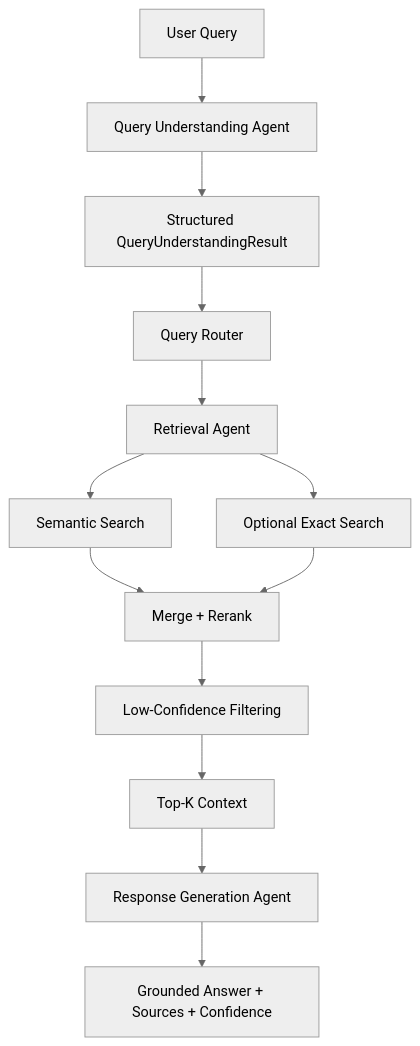
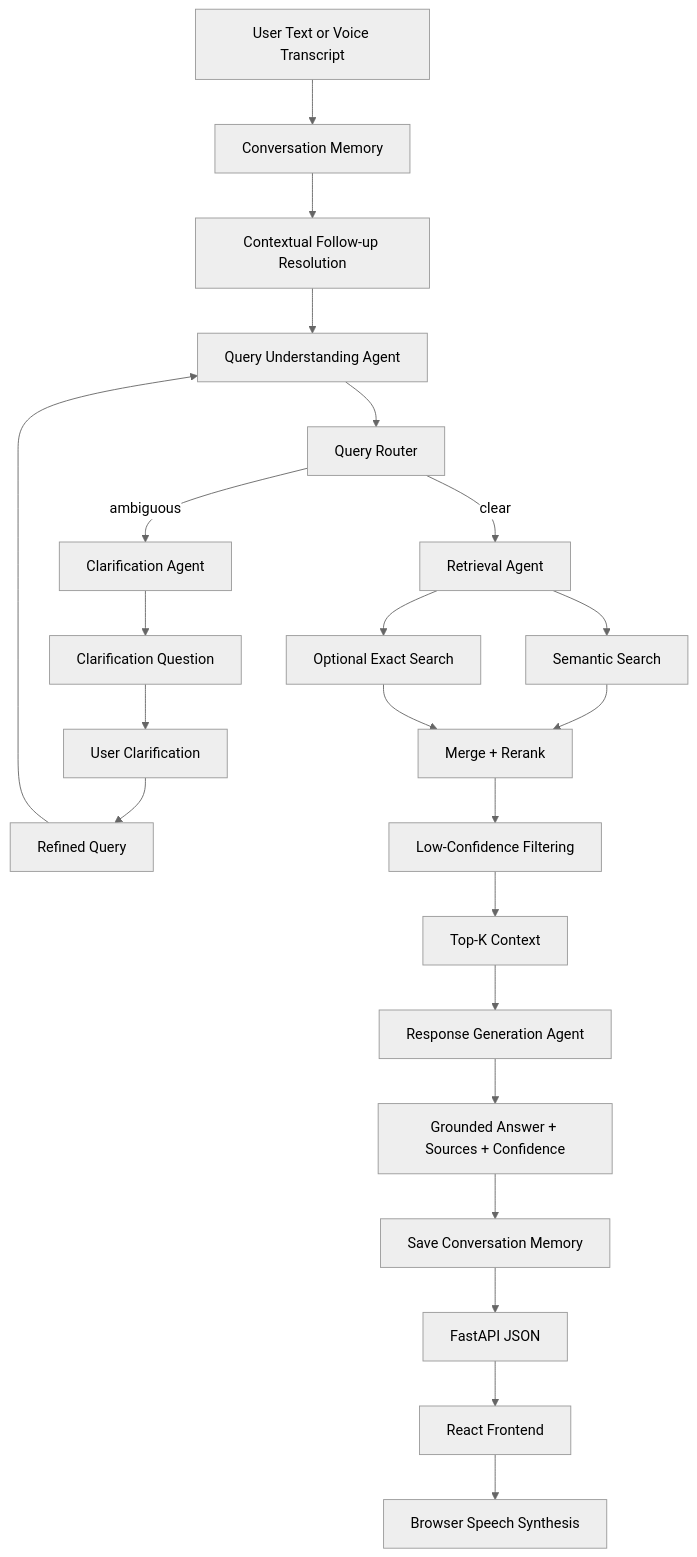
The eighth of 8 diagrams in PROJECT_GUIDE.md (poojithamalaparaju-ctrl/Development-of-AI-Based-Knowledge-Retrieval-Platform-with-Query-Resolution-System), drawn with Mermaid (neutral theme) before and after one commit. The commit also changed other lines of this file, not shown here.

````diff
--- a/PROJECT_GUIDE.md
+++ b/PROJECT_GUIDE.md
@@ -660,15 +1480,25 @@
 ```mermaid
 graph TD
-    A[User Query] --> B[Query Understanding Agent]
-    B --> C[Structured QueryUnderstandingResult]
-    C --> D[Query Router]
-    D --> E[Retrieval Agent]
-    E --> F[Semantic Search]
-    E --> G[Optional Exact Search]
-    F --> H[Merge + Rerank]
-    G --> H
-    H --> I[Low-Confidence Filtering]
-    I --> J[Top-K Context]
-    J --> K[Response Generation Agent]
-    K --> L[Grounded Answer + Sources + Confidence]
+    A[User Text or Voice Transcript] --> B[Conversation Memory]
+    B --> C[Contextual Follow-up Resolution]
+    C --> D[Query Understanding Agent]
+    D --> E[Query Router]
+    E -->|ambiguous| F[Clarification Agent]
+    F --> G[Clarification Question]
+    G --> H[User Clarification]
+    H --> I[Refined Query]
+    I --> D
+    E -->|clear| J[Retrieval Agent]
+    J --> K[Semantic Search]
+    J --> L[Optional Exact Search]
+    K --> M[Merge + Rerank]
+    L --> M
+    M --> N[Low-Confidence Filtering]
+    N --> O[Top-K Context]
+    O --> P[Response Generation Agent]
+    P --> Q[Grounded Answer + Sources + Confidence]
+    Q --> R[Save Conversation Memory]
+    R --> S[FastAPI JSON]
+    S --> T[React Frontend]
+    T --> U[Browser Speech Synthesis]
 ```
````
